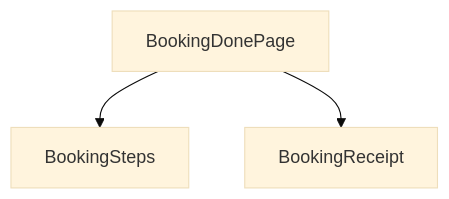
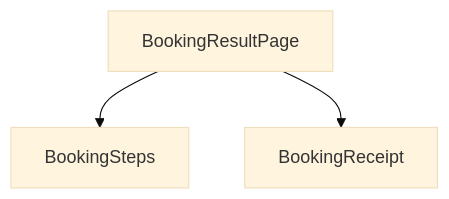
Before and after one commit to summer10920/summer10920.github.io: the ninth of 12 diagrams in source/_posts/lokiTech-15day-12-project-travel.md, drawn with Mermaid (base theme). The commit also changed other lines of this file and 4 other files, not shown here.

```diff
--- a/source/_posts/lokiTech-15day-12-project-travel.md
+++ b/source/_posts/lokiTech-15day-12-project-travel.md
@@ -4154,4 +4335,4 @@
 {% mermaid graph TD %}
-  page["BookingDonePage"] --> steps["BookingSteps"]
+  page["BookingResultPage"] --> steps["BookingSteps"]
   page --> receipt["BookingReceipt"]
 {% endmermaid %}
```
